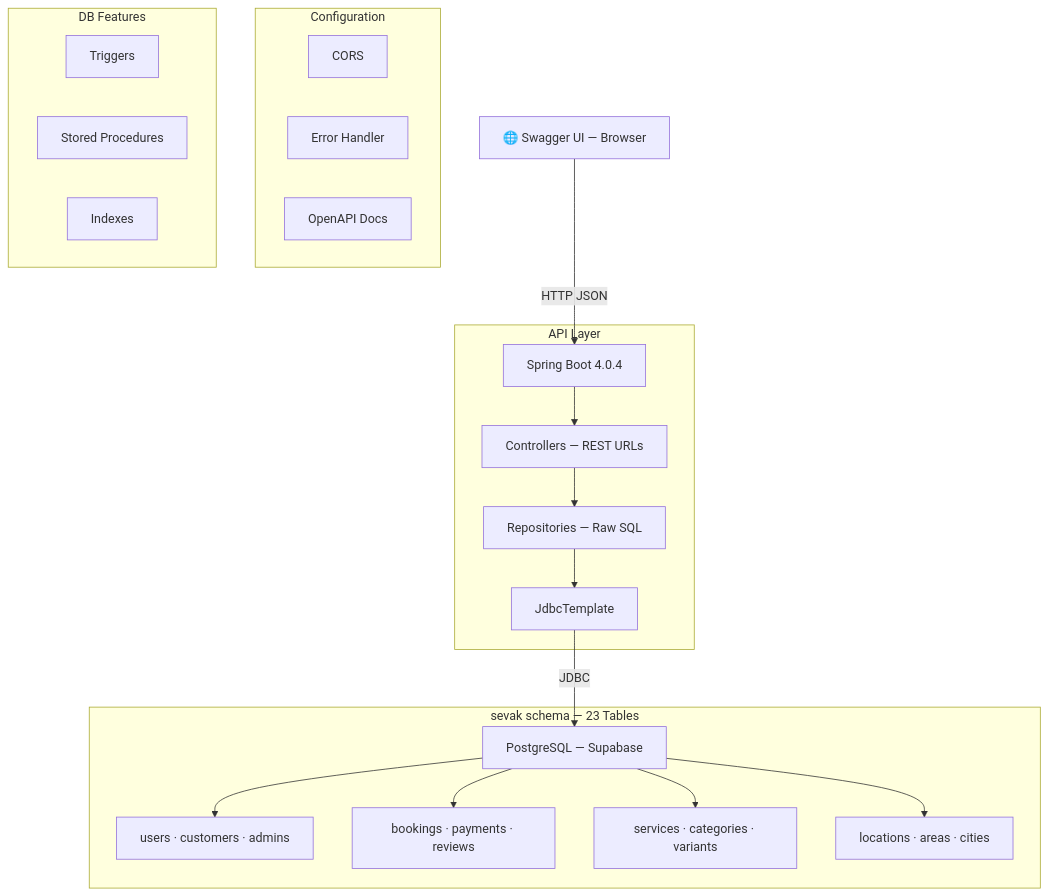
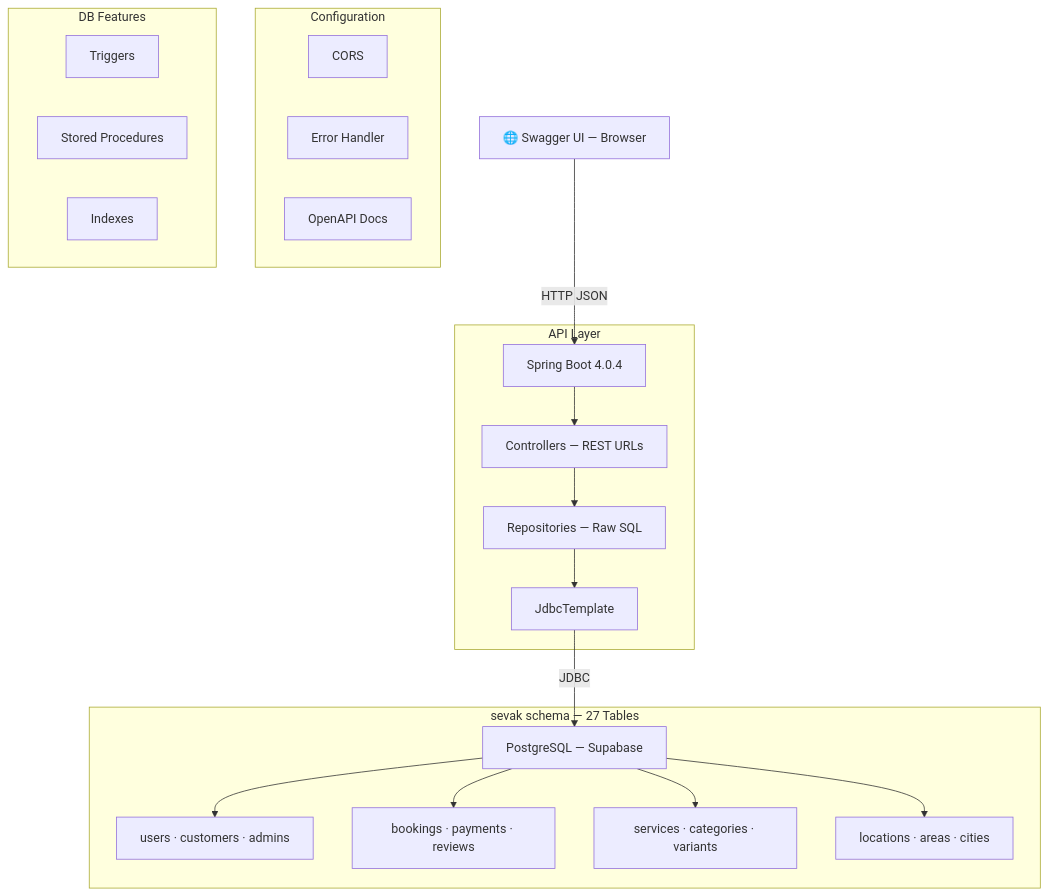
Before and after one commit to madhavthesiya/sevak: the diagram in README.md, drawn with Mermaid. The commit also changed other lines of this file and 3 other files, not shown here.

Commit message:
docs: update the proof, DBML, index list and README for the v2 schema [task 2.12]

````diff
--- a/README.md
+++ b/README.md
@@ -39,31 +41,31 @@
 ```mermaid
 graph TD
     A["🌐 Swagger UI — Browser"] -->|HTTP JSON| B["Spring Boot 4.0.4"]
 
     subgraph API["API Layer"]
         B --> C["Controllers — REST URLs"]
         C --> D["Repositories — Raw SQL"]
         D --> E["JdbcTemplate"]
     end
 
     subgraph Config["Configuration"]
         F["CORS"]
         G["Error Handler"]
         H["OpenAPI Docs"]
     end
 
     E -->|JDBC| I["PostgreSQL — Supabase"]
 
-    subgraph DB["sevak schema — 23 Tables"]
+    subgraph DB["sevak schema — 27 Tables"]
         I --> J["users · customers · admins"]
         I --> K["bookings · payments · reviews"]
         I --> L["services · categories · variants"]
         I --> M["locations · areas · cities"]
     end
 
     subgraph DBFeatures["DB Features"]
         N["Triggers"]
         O["Stored Procedures"]
         P["Indexes"]
     end
 ```
````
